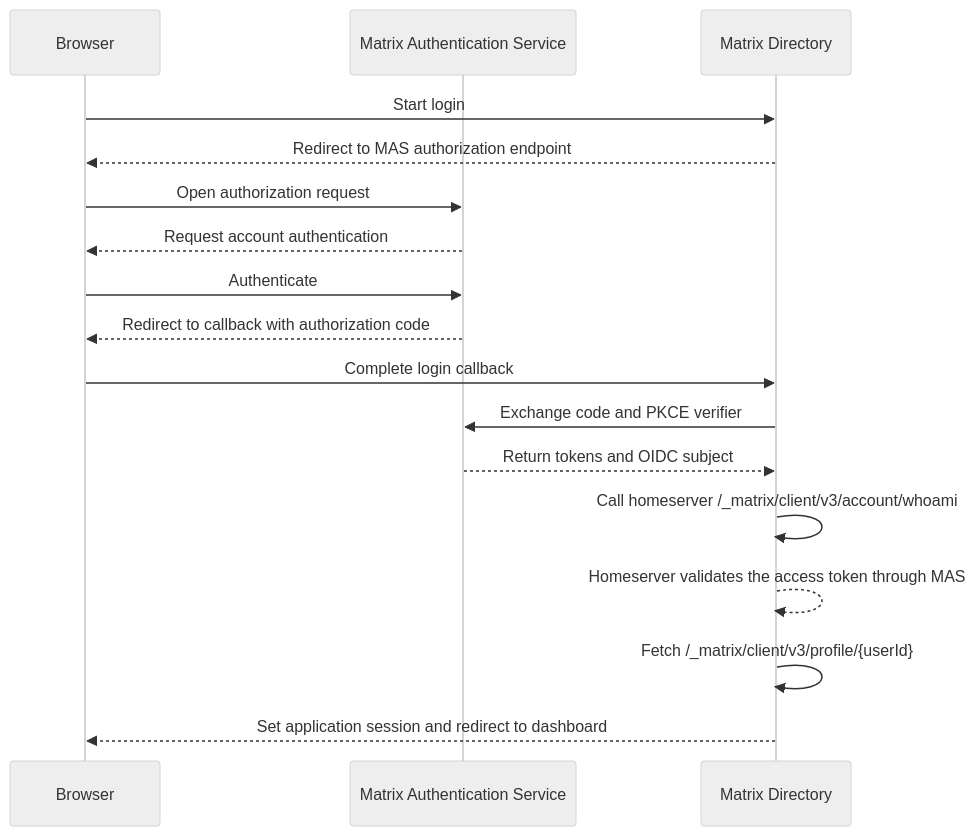
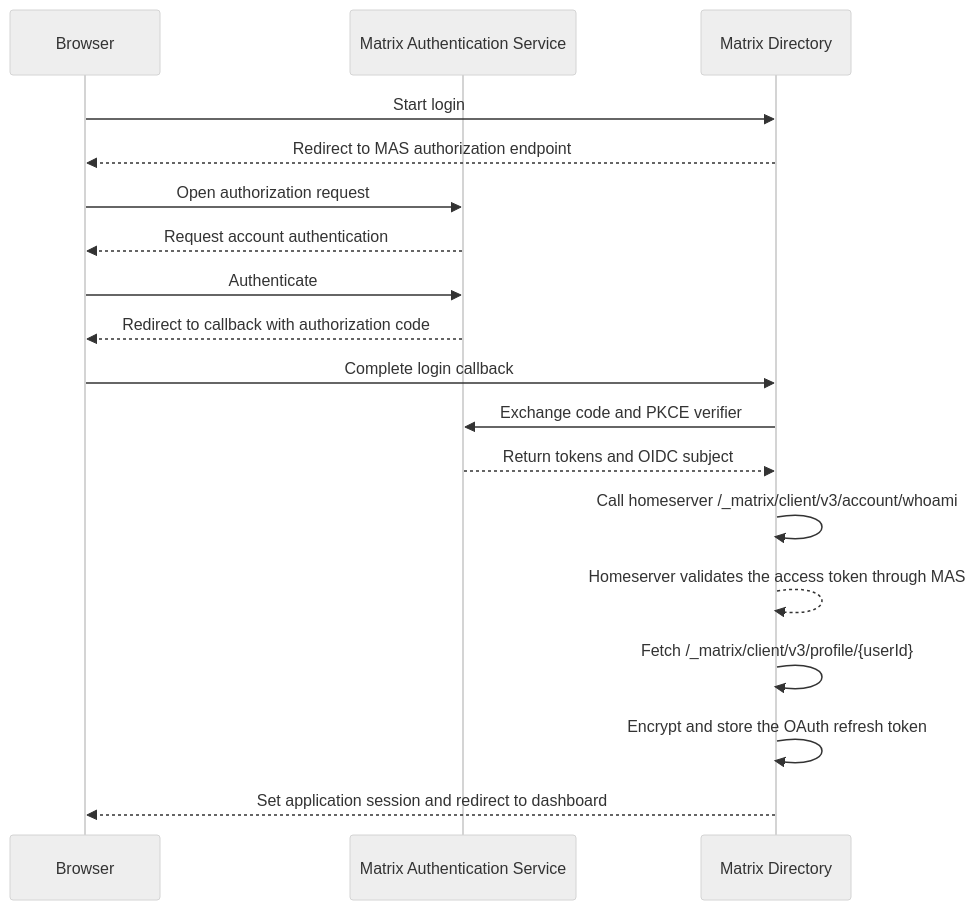
One commit to Code-Society-Lab/matrix-directory changed the first of 2 diagrams in docs/docs/architecture/authentication.md. Above: the diagram before and after it, drawn with Mermaid (neutral theme). The commit also changed other lines of this file and 11 other files, not shown here.

````diff
--- a/docs/docs/architecture/authentication.md
+++ b/docs/docs/architecture/authentication.md
@@ -25,20 +25,21 @@
 ```mermaid
 sequenceDiagram
     participant Browser
     participant MAS as Matrix Authentication Service
     participant App as Matrix Directory
 
     Browser->>App: Start login
     App-->>Browser: Redirect to MAS authorization endpoint
     Browser->>MAS: Open authorization request
     MAS-->>Browser: Request account authentication
     Browser->>MAS: Authenticate
     MAS-->>Browser: Redirect to callback with authorization code
     Browser->>App: Complete login callback
     App->>MAS: Exchange code and PKCE verifier
     MAS-->>App: Return tokens and OIDC subject
     App->>App: Call homeserver /_matrix/client/v3/account/whoami
     App-->>App: Homeserver validates the access token through MAS
     App->>App: Fetch /_matrix/client/v3/profile/{userId}
+    App->>App: Encrypt and store the OAuth refresh token
     App-->>Browser: Set application session and redirect to dashboard
 ```
````
